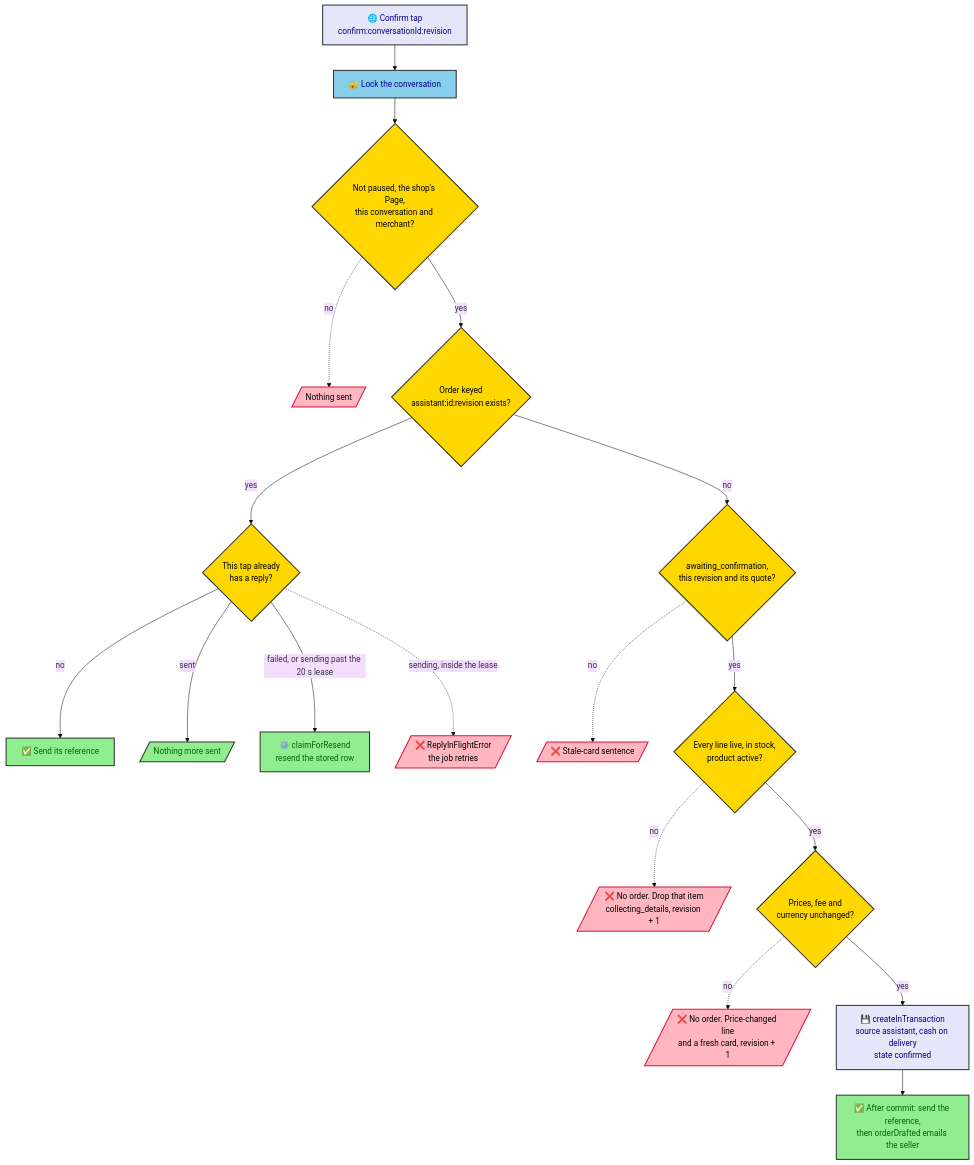
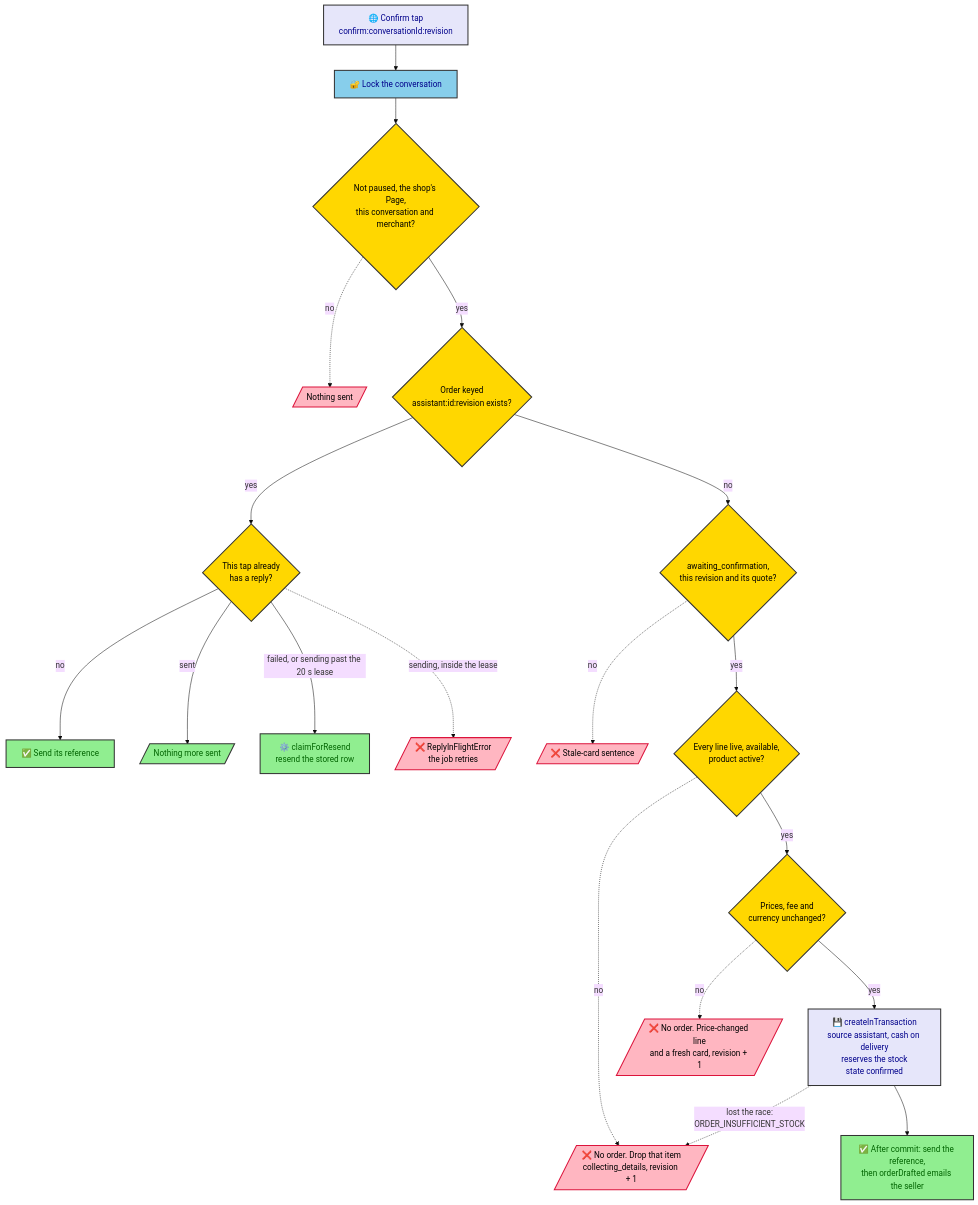
One commit to nabil404/project-alpha changed the second of 2 diagrams in docs/features/11-ai-implementation/phase-2-catalog-confirm-orders/confirm-flow.md. Above: the diagram before and after it, drawn with Mermaid (base theme). The commit also changed other lines of this file and 5 other files, not shown here.

````diff
--- a/docs/features/11-ai-implementation/phase-2-catalog-confirm-orders/confirm-flow.md
+++ b/docs/features/11-ai-implementation/phase-2-catalog-confirm-orders/confirm-flow.md
@@ -41,27 +41,28 @@
 ```mermaid
 flowchart TD
     tap["🌐 Confirm tap<br/>confirm:conversationId:revision"]:::entry --> lock["🔐 Lock the conversation"]:::guard
     lock --> mine{"Not paused, the shop's Page,<br/>this conversation and merchant?"}:::decision
     mine -. no .-> none[/"Nothing sent"/]:::reject
     mine -- yes --> exists{"Order keyed<br/>assistant:id:revision exists?"}:::decision
     exists -- yes --> replied{"This tap already<br/>has a reply?"}:::decision
     replied -- no --> resend["✅ Send its reference"]:::work
     replied -- "sent" --> done[/"Nothing more sent"/]:::work
     replied -- "failed, or sending past the 20 s lease" --> claim["⚙️ claimForResend<br/>resend the stored row"]:::work
     replied -. "sending, inside the lease" .-> retry[/"❌ ReplyInFlightError<br/>the job retries"/]:::reject
     exists -- no --> current{"awaiting_confirmation,<br/>this revision and its quote?"}:::decision
     current -. no .-> stale[/"❌ Stale-card sentence"/]:::reject
-    current -- yes --> lines{"Every line live, in stock,<br/>product active?"}:::decision
+    current -- yes --> lines{"Every line live, available,<br/>product active?"}:::decision
     lines -. no .-> drop[/"❌ No order. Drop that item<br/>collecting_details, revision + 1"/]:::reject
     lines -- yes --> price{"Prices, fee and<br/>currency unchanged?"}:::decision
     price -. no .-> fresh[/"❌ No order. Price-changed line<br/>and a fresh card, revision + 1"/]:::reject
-    price -- yes --> create["💾 createInTransaction<br/>source assistant, cash on delivery<br/>state confirmed"]:::store
+    price -- yes --> create["💾 createInTransaction<br/>source assistant, cash on delivery<br/>reserves the stock<br/>state confirmed"]:::store
+    create -. "lost the race:<br/>ORDER_INSUFFICIENT_STOCK" .-> drop
     create --> after["✅ After commit: send the reference,<br/>then orderDrafted emails the seller"]:::work
 
     classDef entry    fill:#E6E6FA,stroke:#333,stroke-width:2px,color:#00008B
     classDef guard    fill:#87CEEB,stroke:#333,stroke-width:2px,color:#00008B
     classDef decision fill:#FFD700,stroke:#333,stroke-width:2px,color:#000
     classDef work     fill:#90EE90,stroke:#333,stroke-width:2px,color:#006400
     classDef store    fill:#E6E6FA,stroke:#333,stroke-width:2px,color:#00008B
     classDef reject   fill:#FFB6C1,stroke:#DC143C,stroke-width:2px,color:#000
 ```
````
